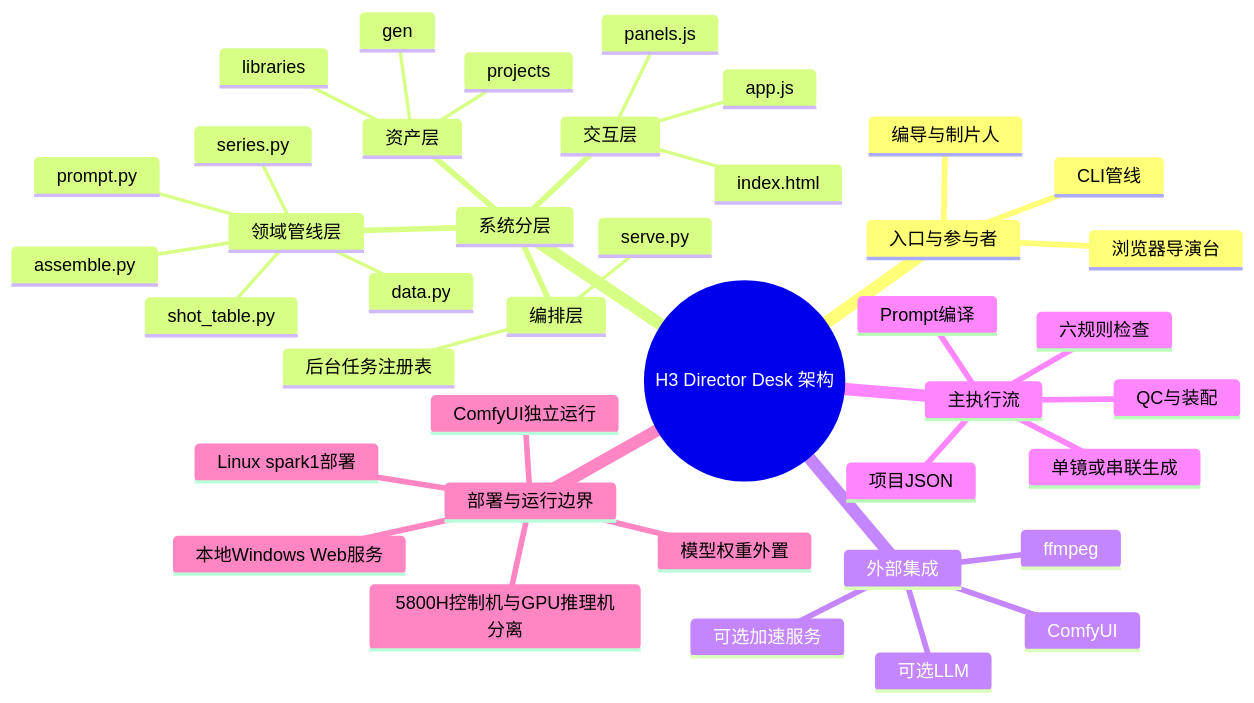
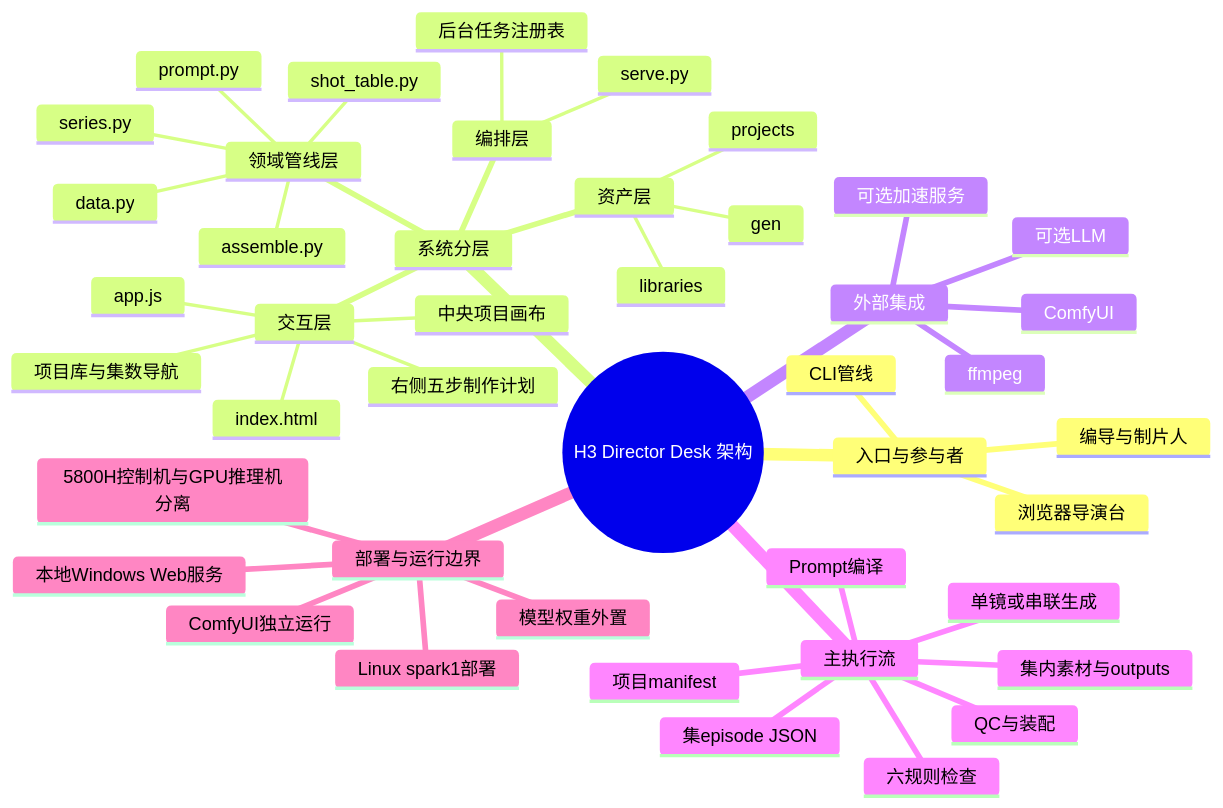
The diagram in docs/project-evolution/mindmaps/architecture.md (Exalex/h3-director-desk), drawn with Mermaid before and after one commit. The commit also changed other lines of this file and 63 other files, not shown here.

````diff
--- a/docs/project-evolution/mindmaps/architecture.md
+++ b/docs/project-evolution/mindmaps/architecture.md
@@ -3,43 +3,47 @@
 ```mermaid
 mindmap
   root((H3 Director Desk 架构))
     入口与参与者
       浏览器导演台
       CLI管线
       编导与制片人
     系统分层
       交互层
         index.html
         app.js
-        panels.js
+        项目库与集数导航
+        中央项目画布
+        右侧五步制作计划
       编排层
         serve.py
         后台任务注册表
       领域管线层
         data.py
         shot_table.py
         prompt.py
         series.py
         assemble.py
       资产层
         projects
         gen
         libraries
     外部集成
       ComfyUI
       可选加速服务
       可选LLM
       ffmpeg
     主执行流
-      项目JSON
+      项目manifest
+      集episode JSON
+      集内素材与outputs
       六规则检查
       Prompt编译
       单镜或串联生成
       QC与装配
     部署与运行边界
       本地Windows Web服务
       Linux spark1部署
       ComfyUI独立运行
       模型权重外置
       5800H控制机与GPU推理机分离
 ```
````
